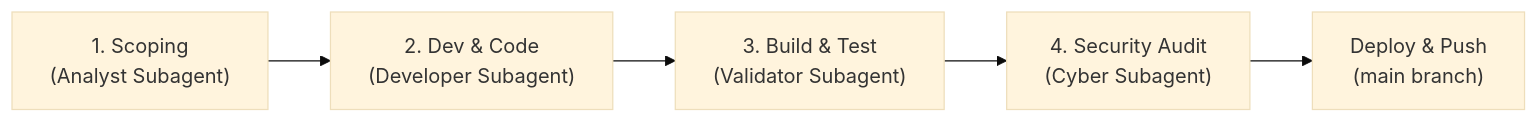
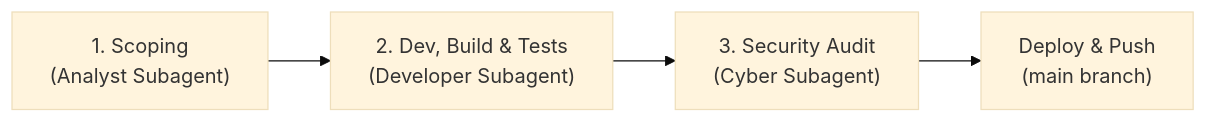
Before and after one commit to Kedrihan/discord-bot: the diagram in .agents/skills/forge/SKILL.md, drawn with Mermaid (base theme). The commit also changed other lines of this file and 2 other files, not shown here.

Commit message:
refactor(forge): merge technical validation into developer subagent and streamline pipeline to 3 stages

````diff
--- a/.agents/skills/forge/SKILL.md
+++ b/.agents/skills/forge/SKILL.md
@@ -30,7 +32,6 @@
 ```mermaid
 flowchart LR
-    A["1. Scoping<br/>(Analyst Subagent)"] --> B["2. Dev & Code<br/>(Developer Subagent)"]
-    B --> C["3. Build & Test<br/>(Validator Subagent)"]
-    C --> D["4. Security Audit<br/>(Cyber Subagent)"]
-    D --> E["Deploy & Push<br/>(main branch)"]
+    A["1. Scoping<br/>(Analyst Subagent)"] --> B["2. Dev, Build & Tests<br/>(Developer Subagent)"]
+    B --> C["3. Security Audit<br/>(Cyber Subagent)"]
+    C --> D["Deploy & Push<br/>(main branch)"]
 ```
````
